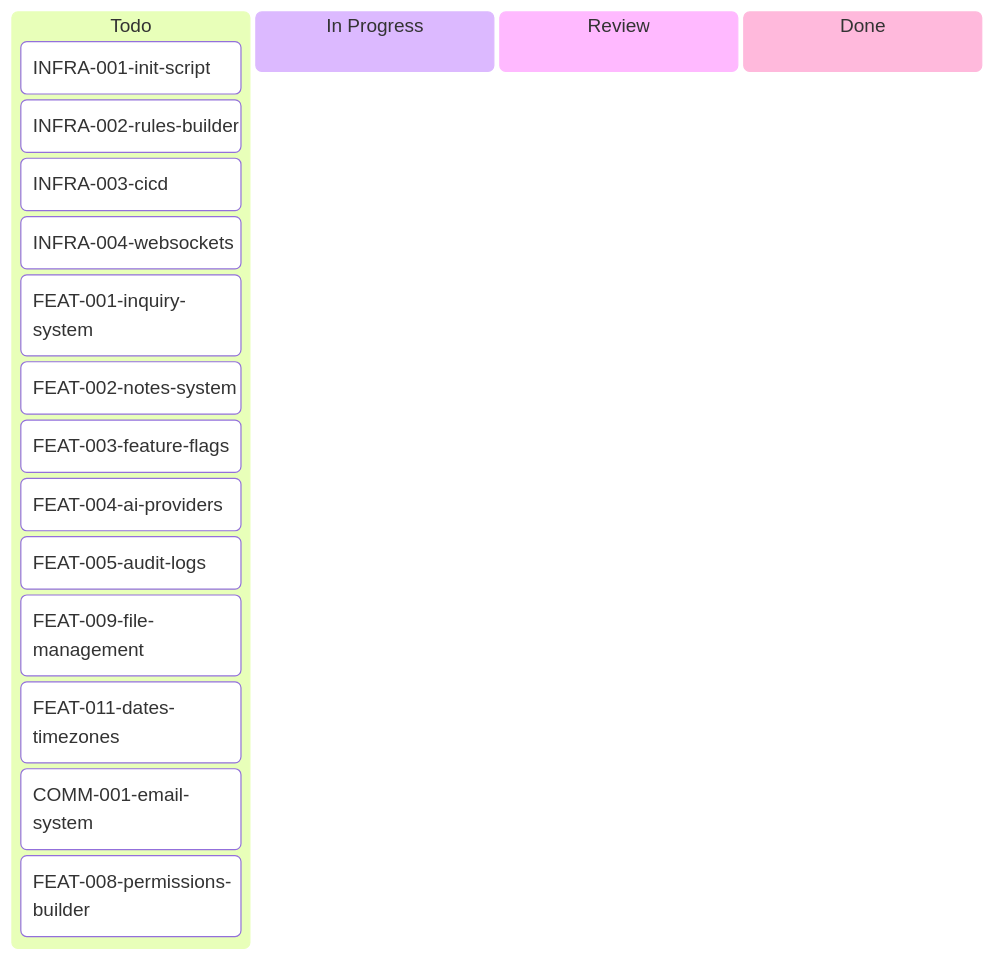
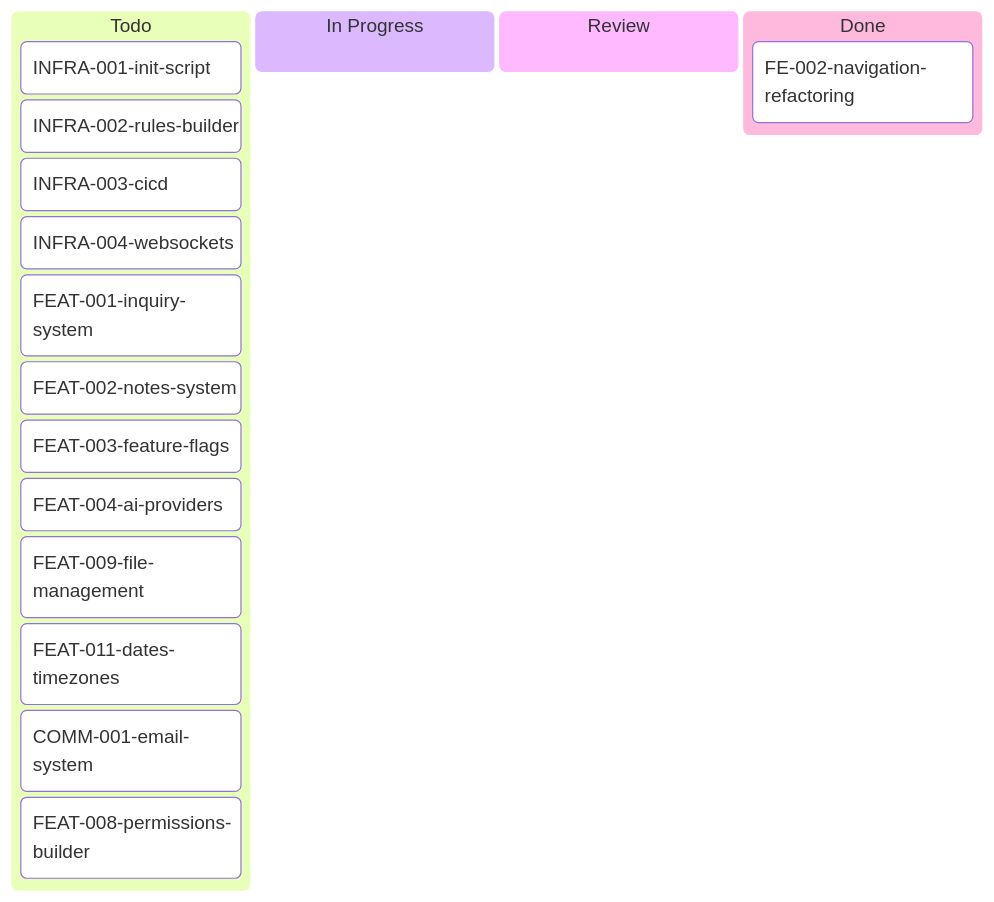
Before and after one commit to inixiative/template: the diagram in tickets/kanban-aron.md, drawn with Mermaid. The commit also changed other lines of this file and 175 other files, not shown here.

````diff
--- a/tickets/kanban-aron.md
+++ b/tickets/kanban-aron.md
@@ -3,25 +3,25 @@
 ```mermaid
 ---
 config:
   kanban:
     ticketBaseUrl: 'https://github.com/yourorg/template/blob/main/tickets/#TICKET#'
 ---
 kanban
   Todo
     INFRA-001-init-script
     INFRA-002-rules-builder
     INFRA-003-cicd
     INFRA-004-websockets
     FEAT-001-inquiry-system
     FEAT-002-notes-system
     FEAT-003-feature-flags
     FEAT-004-ai-providers
-    FEAT-005-audit-logs
     FEAT-009-file-management
     FEAT-011-dates-timezones
     COMM-001-email-system
     FEAT-008-permissions-builder
   In Progress
   Review
   Done
+    FE-002-navigation-refactoring
 ```
````
